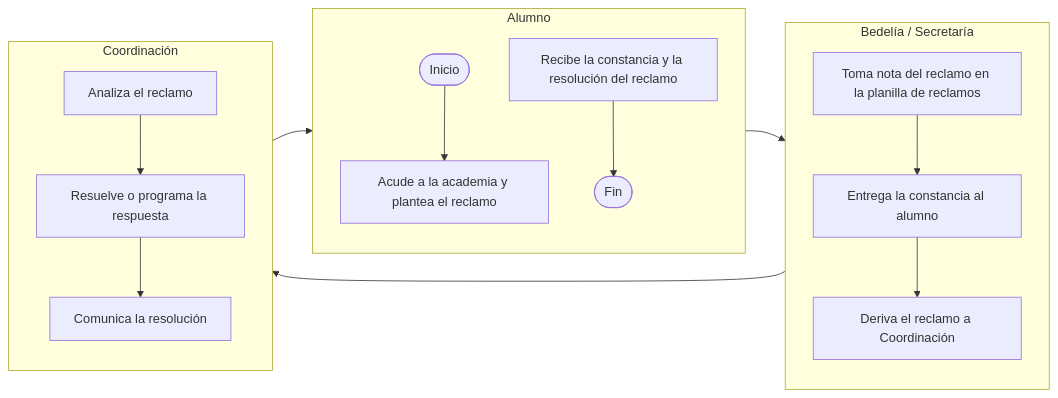
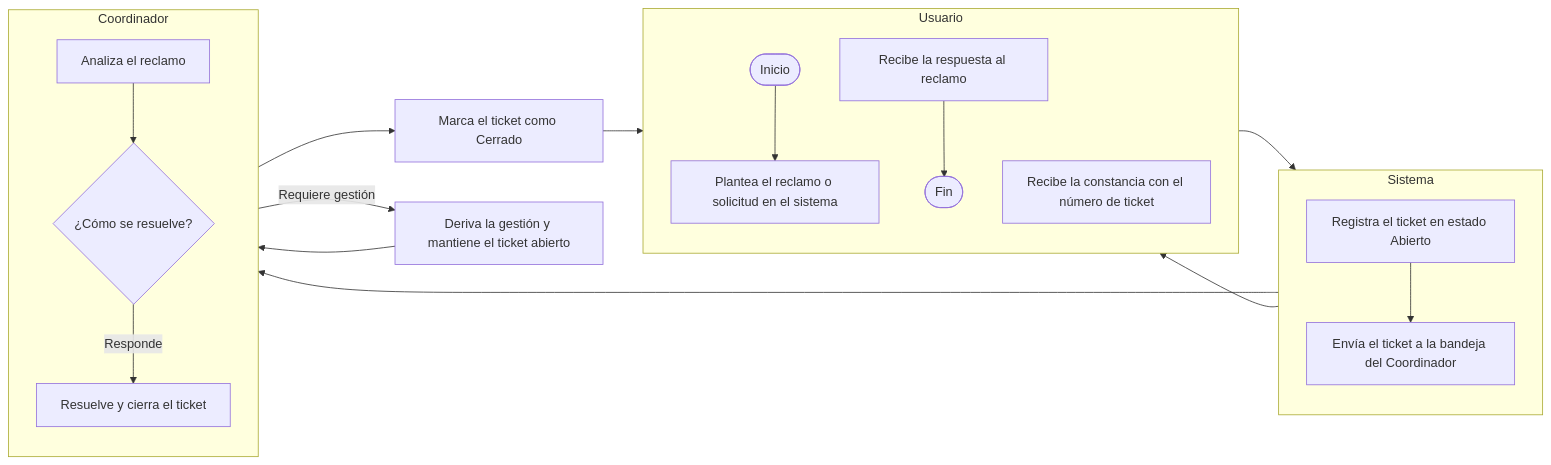
The diagram in docs/mermaid-live/3.1.3.actividad-tickets.mmd (DarioZubaray/Proyecto-Final), drawn with Mermaid before and after one commit. The commit also changed 14 other files, not shown here.

First line of the commit message:
docs(procesos): diagramas de actividad con 4 roles y modelo conceptual

```diff
--- a/docs/mermaid-live/3.1.3.actividad-tickets.mmd
+++ b/docs/mermaid-live/3.1.3.actividad-tickets.mmd
@@ -1,22 +1,24 @@
 flowchart LR
-    subgraph ALM[Alumno]
+    subgraph USR[Usuario]
         direction TB
-        A1([Inicio])
-        A2[Acude a la academia y plantea el reclamo]
-        A3[Recibe la constancia y la resolución del reclamo]
-        A4([Fin])
+        U1([Inicio])
+        U2[Plantea el reclamo o solicitud en el sistema]
+        U3[Recibe la constancia con el número de ticket]
+        U4[Recibe la respuesta al reclamo]
+        U5([Fin])
     end
-    subgraph BED[Bedelía / Secretaría]
+    subgraph SIS[Sistema]
         direction TB
-        B1[Toma nota del reclamo en la planilla de reclamos]
-        B2[Entrega la constancia al alumno]
-        B3[Deriva el reclamo a Coordinación]
+        S1[Registra el ticket en estado Abierto]
+        S2[Envía el ticket a la bandeja del Coordinador]
     end
-    subgraph COO[Coordinación]
+    subgraph COO[Coordinador]
         direction TB
         C1[Analiza el reclamo]
-        C2[Resuelve o programa la respuesta]
-        C3[Comunica la resolución]
+        C2{¿Cómo se resuelve?}
+        C3[Resuelve y cierra el ticket]
     end
-    A1 --> A2 --> B1 --> B2 --> B3
-    B3 --> C1 --> C2 --> C3 --> A3 --> A4
+    U1 --> U2 --> S1 --> S2 --> U3
+    S2 --> C1 --> C2
+    C2 -->|Responde| C3 --> S3[Marca el ticket como Cerrado] --> U4 --> U5
+    C2 -->|Requiere gestión| C4[Deriva la gestión y mantiene el ticket abierto] --> C1
```
